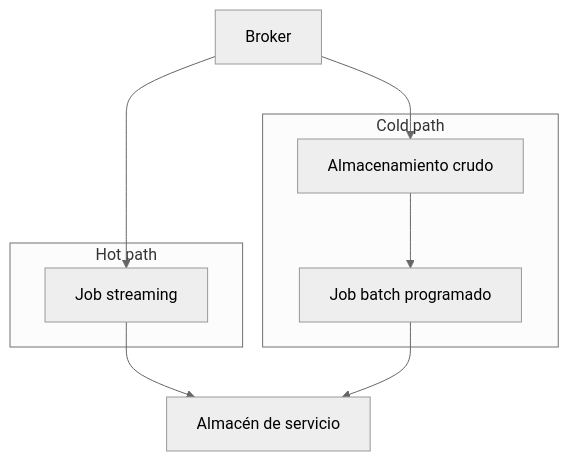
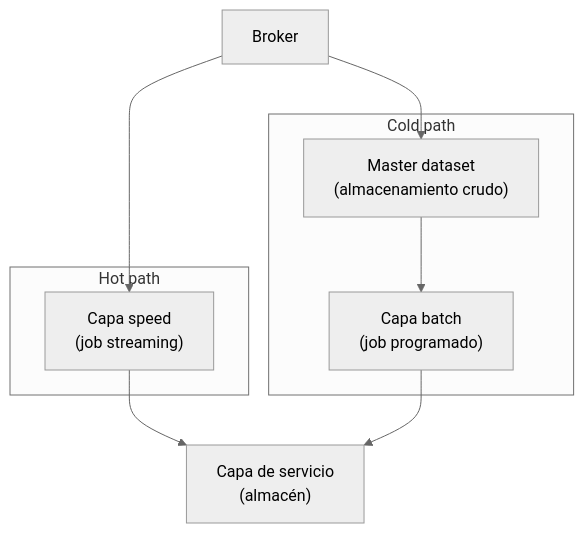
Before and after one commit to fcp4891/de-knowledge-hub: the third of 3 diagrams in content/architectures/lambda-architecture.md, drawn with Mermaid (neutral theme). The commit also changed other lines of this file and 13 other files, not shown here.

````diff
--- a/content/architectures/lambda-architecture.md
+++ b/content/architectures/lambda-architecture.md
@@ -130,15 +130,15 @@
 ```mermaid
 flowchart TB
   subgraph HOT["Hot path"]
-    S["Job streaming"]
+    S["Capa speed<br/>(job streaming)"]
   end
   subgraph COLD["Cold path"]
-    L["Almacenamiento crudo"]
-    B["Job batch programado"]
+    L["Master dataset<br/>(almacenamiento crudo)"]
+    B["Capa batch<br/>(job programado)"]
   end
   I["Broker"] --> S
   I --> L
   L --> B
-  S --> V["Almacén de servicio"]
+  S --> V["Capa de servicio<br/>(almacén)"]
   B --> V
 ```
````
